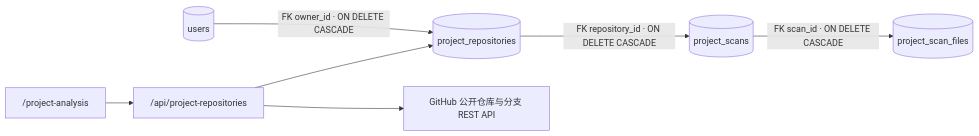
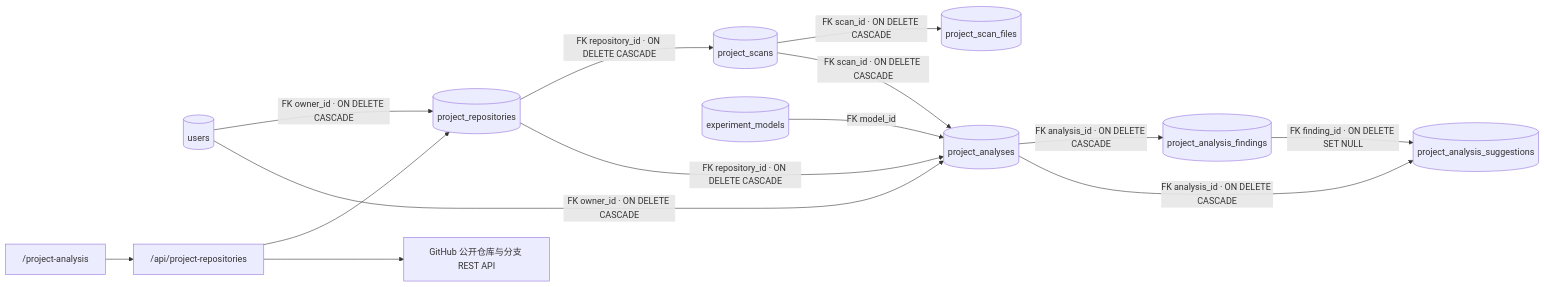
Before and after one commit to weiAX95/admin: the fifth of 17 diagrams in docs/database-relationships.md, drawn with Mermaid. The commit also changed other lines of this file and 18 other files, not shown here.

````diff
--- a/docs/database-relationships.md
+++ b/docs/database-relationships.md
@@ -73,8 +73,15 @@
 ```mermaid
 flowchart LR
   Users[(users)] -->|"FK owner_id · ON DELETE CASCADE"| Repositories[(project_repositories)]
   Page["/project-analysis"] --> API["/api/project-repositories"] --> Repositories
   API --> GitHub["GitHub 公开仓库与分支 REST API"]
   Repositories -->|"FK repository_id · ON DELETE CASCADE"| Scans[(project_scans)]
   Scans -->|"FK scan_id · ON DELETE CASCADE"| Files[(project_scan_files)]
+  Repositories -->|"FK repository_id · ON DELETE CASCADE"| Analyses[(project_analyses)]
+  Scans -->|"FK scan_id · ON DELETE CASCADE"| Analyses
+  Users -->|"FK owner_id · ON DELETE CASCADE"| Analyses
+  Models[(experiment_models)] -->|"FK model_id"| Analyses
+  Analyses -->|"FK analysis_id · ON DELETE CASCADE"| Findings[(project_analysis_findings)]
+  Analyses -->|"FK analysis_id · ON DELETE CASCADE"| Suggestions[(project_analysis_suggestions)]
+  Findings -->|"FK finding_id · ON DELETE SET NULL"| Suggestions
 ```
````
